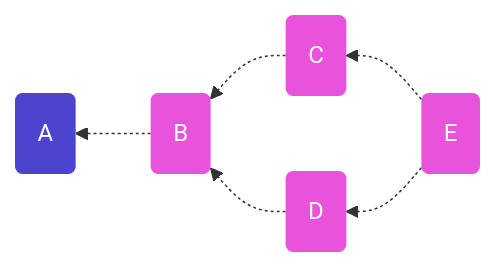
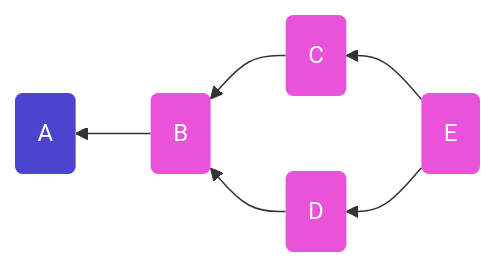
One commit to ssbc/sips changed the sixth of 7 diagrams in 009.md. Above: the diagram before and after it, drawn with Mermaid. The commit also changed other lines of this file, not shown here.

````diff
--- a/009.md
+++ b/009.md
@@ -327,11 +327,11 @@
 ```mermaid
 flowchart RL
 A(A):::root;B(B);E(E);C(C);D(D);
 
-E-.->C-.->B-.->A
-E-.->D-.->B
+E-->C-->B-->A
+E-->D-->B
 
 %% styling
 classDef default fill: #e953da, stroke-width: 0, color: white
 classDef root fill: #4c44cf, stroke-width: 0, color: white
 ```
````
